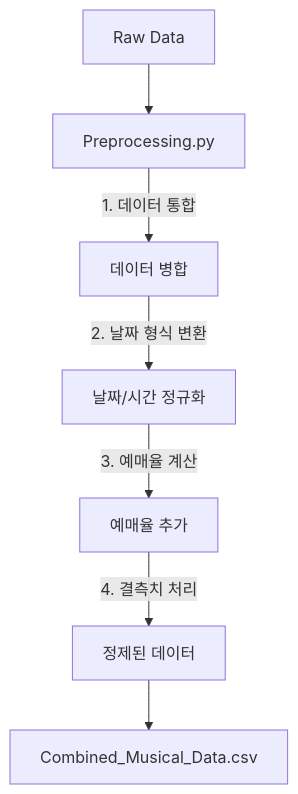
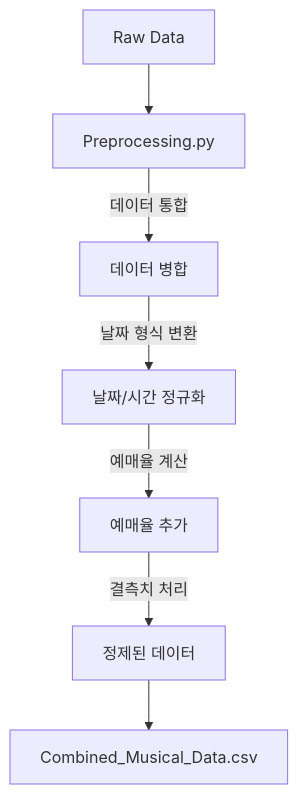
Before and after one commit to Leejoowon123/SKN_03_FINAL: the second of 6 diagrams in model/DATAPIPELINE.md, drawn with Mermaid. The commit also changed other lines of this file, not shown here.

````diff
--- a/model/DATAPIPELINE.md
+++ b/model/DATAPIPELINE.md
@@ -12,9 +12,9 @@
 ```mermaid
 graph TD
     A[Raw Data] --> B[Preprocessing.py]
-    B --> |1. 데이터 통합| C[데이터 병합]
-    C --> |2. 날짜 형식 변환| D[날짜/시간 정규화]
-    D --> |3. 예매율 계산| E[예매율 추가]
-    E --> |4. 결측치 처리| F[정제된 데이터]
+    B --> |데이터 통합| C[데이터 병합]
+    C --> |날짜 형식 변환| D[날짜/시간 정규화]
+    D --> |예매율 계산| E[예매율 추가]
+    E --> |결측치 처리| F[정제된 데이터]
     F --> G[Combined_Musical_Data.csv]
 ```
````
